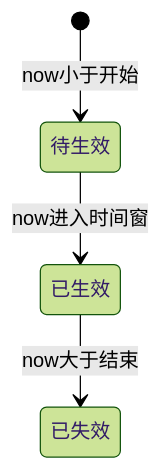
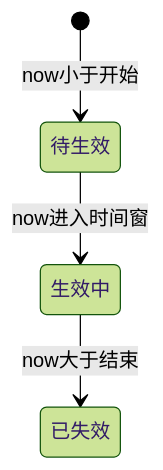
The first of 4 diagrams in 屏保状态与操作说明.md (cflyindance/setcenter), drawn with Mermaid (forest theme) before and after one commit. The commit also changed other lines of this file and 10 other files, not shown here.

````diff
--- a/屏保状态与操作说明.md
+++ b/屏保状态与操作说明.md
@@ -210,6 +198,6 @@
 ```mermaid
 stateDiagram-v2
   [*] --> 待生效: now小于开始
-  待生效 --> 已生效: now进入时间窗
-  已生效 --> 已失效: now大于结束
+  待生效 --> 生效中: now进入时间窗
+  生效中 --> 已失效: now大于结束
 ```
````
